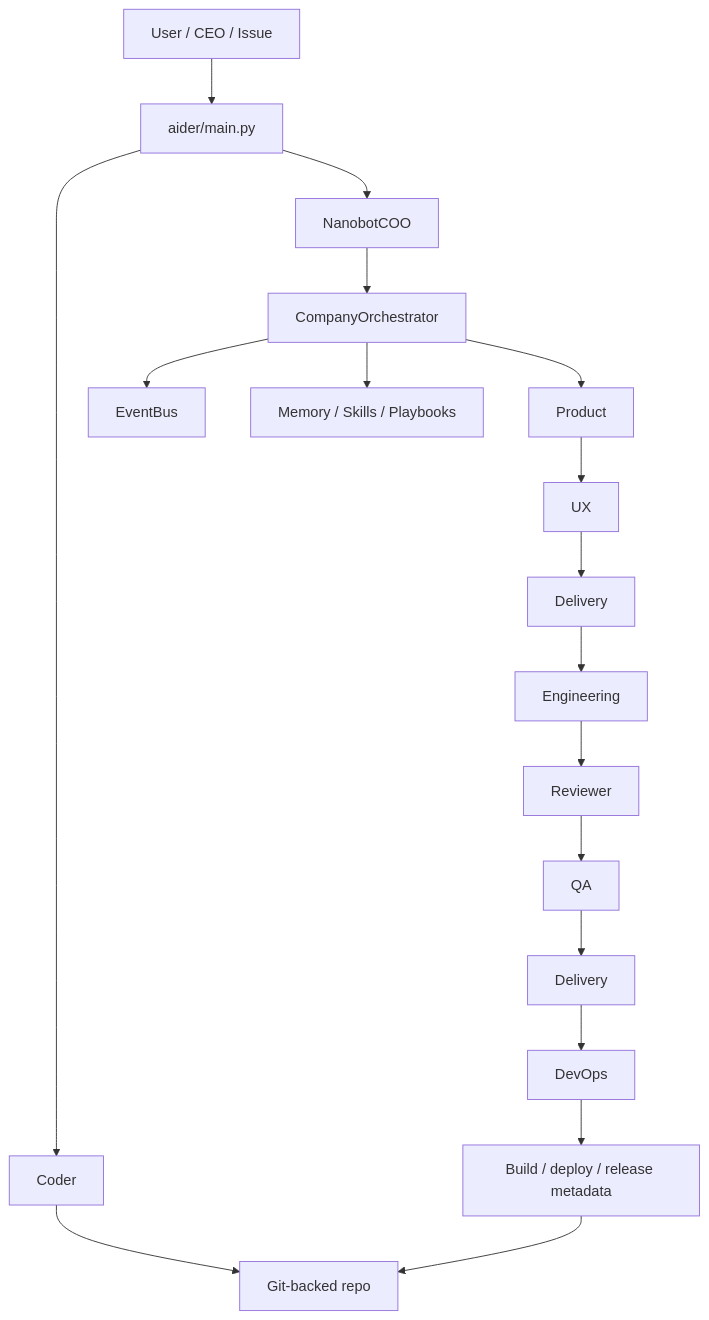
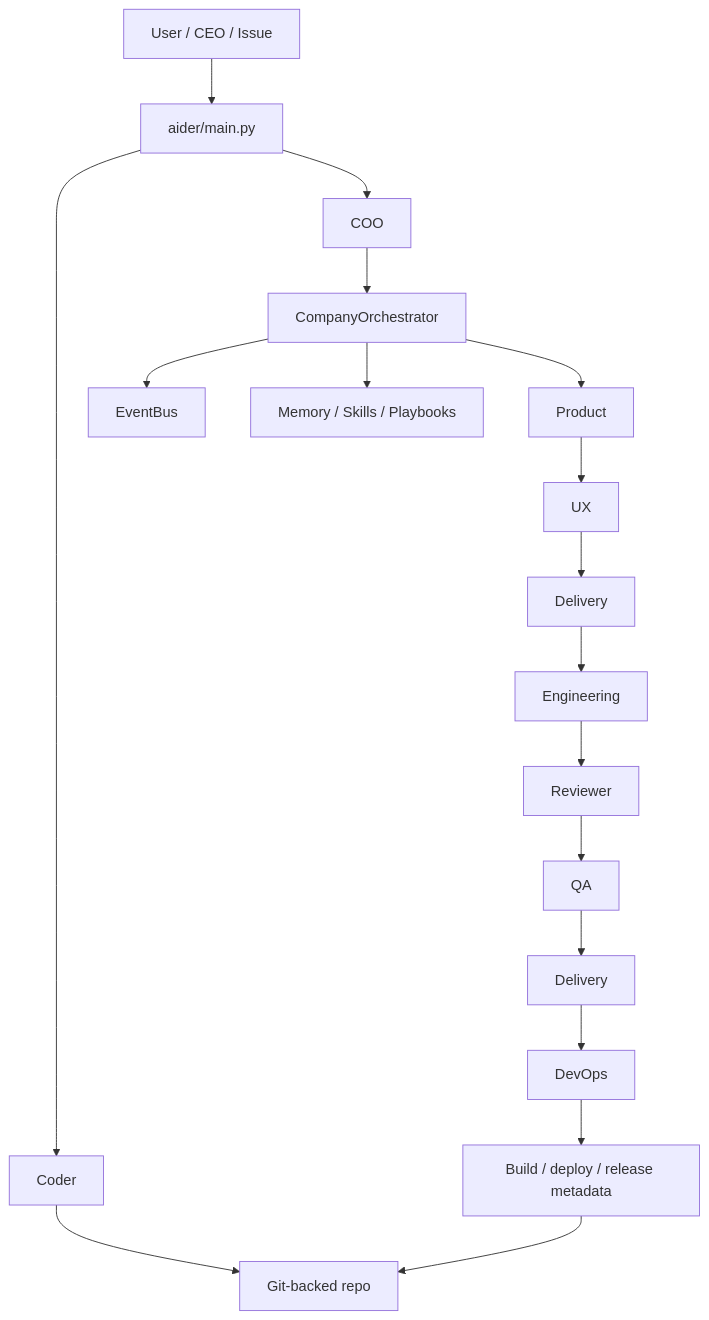
Before and after one commit to Doomlead/aider-plus: the diagram in docs/architecture/first-code-tour.md, drawn with Mermaid. The commit also changed other lines of this file, not shown here.

First line of the commit message:
Rename NanobotCOO to COO in documentation

````diff
--- a/docs/architecture/first-code-tour.md
+++ b/docs/architecture/first-code-tour.md
@@ -47,20 +47,20 @@
 ```mermaid
 flowchart TD
     User[User / CEO / Issue] --> Main[aider/main.py]
     Main --> Coder[Coder]
-    Main --> COO[NanobotCOO]
+    Main --> COO
     Coder --> Repo[Git-backed repo]
     COO --> Orchestrator[CompanyOrchestrator]
     Orchestrator --> Product[Product]
     Product --> UX[UX]
     UX --> Delivery1[Delivery]
     Delivery1 --> Eng[Engineering]
     Eng --> Reviewer[Reviewer]
     Reviewer --> QA[QA]
     QA --> Delivery2[Delivery]
     Delivery2 --> DevOps[DevOps]
     Orchestrator --> Bus[EventBus]
     Orchestrator --> Memory[Memory / Skills / Playbooks]
     DevOps --> Release[Build / deploy / release metadata]
     Release --> Repo
 ```
````
